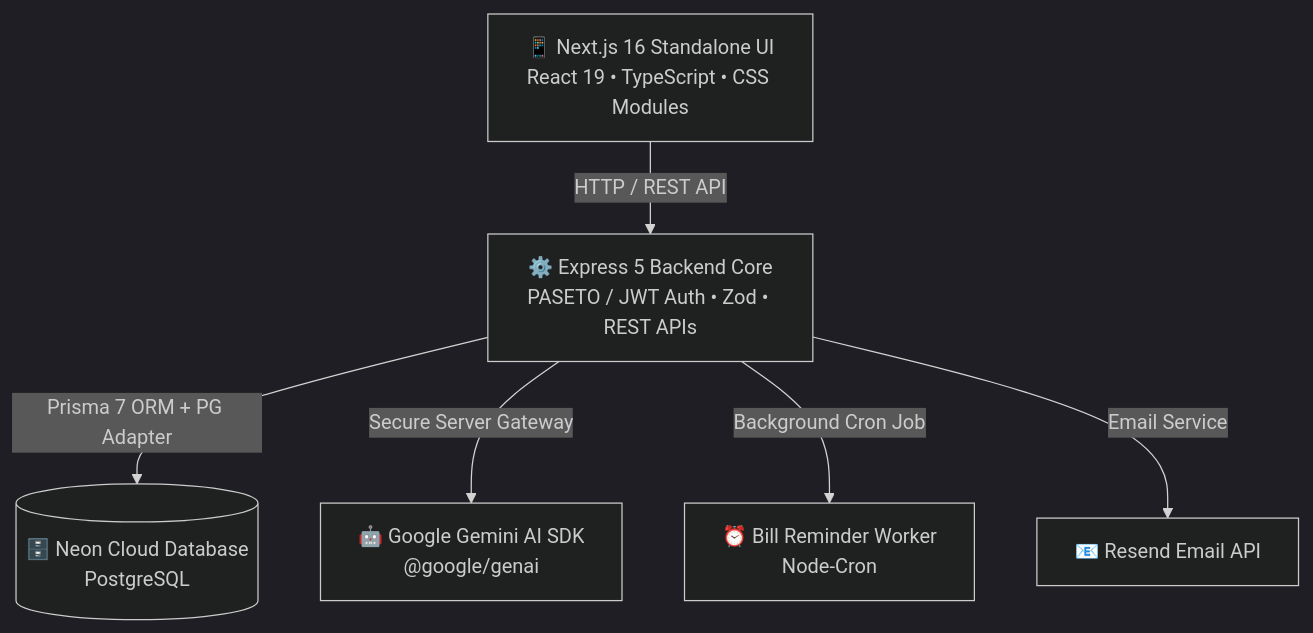
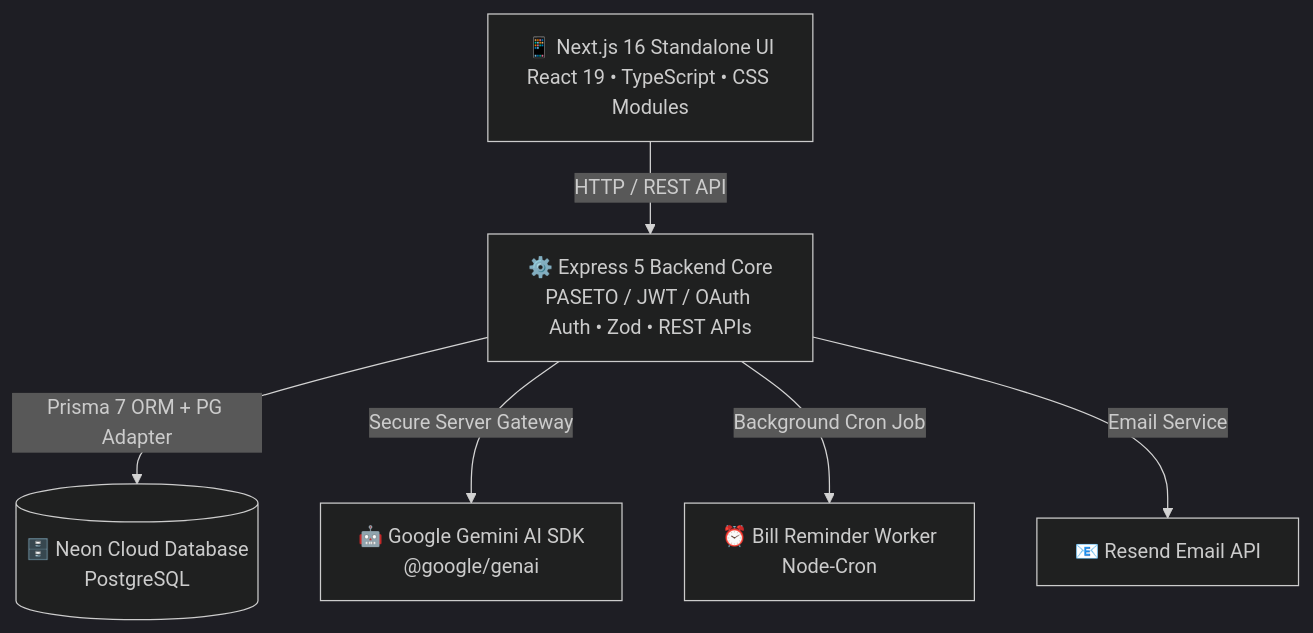
The diagram in README.md (The-Z-DataSculptor/RakhoKhata-AI-Expense-Tracker), drawn with Mermaid (dark theme) before and after one commit. The commit also changed other lines of this file, not shown here.

````diff
--- a/README.md
+++ b/README.md
@@ -63,8 +67,8 @@
 ```mermaid
 graph TD
-    A[📱 Next.js 16 Standalone UI<br/>React 19 • TypeScript • CSS Modules] -->|HTTP / REST API| B[⚙️ Express 5 Backend Core<br/>PASETO / JWT Auth • Zod • REST APIs]
+    A[📱 Next.js 16 Standalone UI<br/>React 19 • TypeScript • CSS Modules] -->|HTTP / REST API| B[⚙️ Express 5 Backend Core<br/>PASETO / JWT / OAuth Auth • Zod • REST APIs]
     B -->|Prisma 7 ORM + PG Adapter| C[(🗄️ Neon Cloud Database<br/>PostgreSQL)]
     B -->|Secure Server Gateway| D[🤖 Google Gemini AI SDK<br/>@google/genai]
     B -->|Background Cron Job| E[⏰ Bill Reminder Worker<br/>Node-Cron]
     B -->|Email Service| F[📧 Resend Email API]
 ```
````
